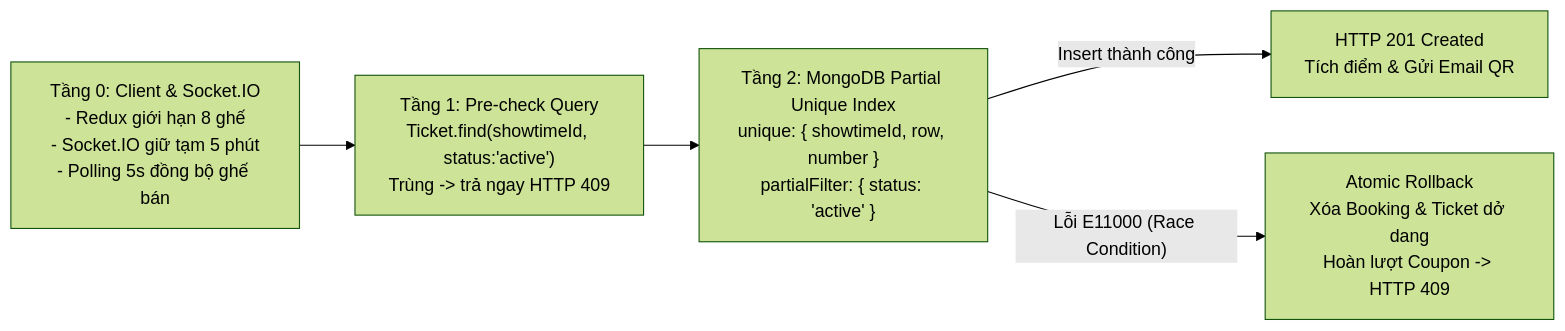
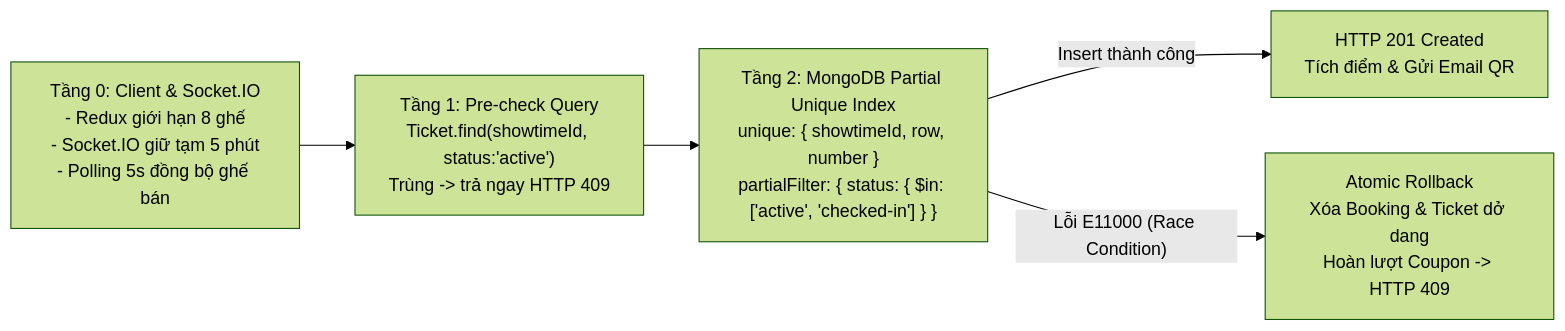
Before and after one commit to caokynb/115_LTW_CuoiKy: the second of 2 diagrams in docs/report/dat-ve.md, drawn with Mermaid (forest theme). The commit also changed other lines of this file, not shown here.

Commit message:
Update booking report with latest test counts, partial index filter, and commit stats

````diff
--- a/docs/report/dat-ve.md
+++ b/docs/report/dat-ve.md
@@ -87,7 +87,7 @@
 ```mermaid
 flowchart LR
     T0["Tầng 0: Client & Socket.IO<br/>- Redux giới hạn 8 ghế<br/>- Socket.IO giữ tạm 5 phút<br/>- Polling 5s đồng bộ ghế bán"] --> T1["Tầng 1: Pre-check Query<br/>Ticket.find(showtimeId, status:'active')<br/>Trùng -> trả ngay HTTP 409"]
-    T1 --> T2["Tầng 2: MongoDB Partial Unique Index<br/>unique: { showtimeId, row, number }<br/>partialFilter: { status: 'active' }"]
+    T1 --> T2["Tầng 2: MongoDB Partial Unique Index<br/>unique: { showtimeId, row, number }<br/>partialFilter: { status: { $in: ['active', 'checked-in'] } }"]
     T2 -->|"Insert thành công"| OK["HTTP 201 Created<br/>Tích điểm & Gửi Email QR"]
     T2 -->|"Lỗi E11000 (Race Condition)"| RB["Atomic Rollback<br/>Xóa Booking & Ticket dở dang<br/>Hoàn lượt Coupon -> HTTP 409"]
 ```
````
